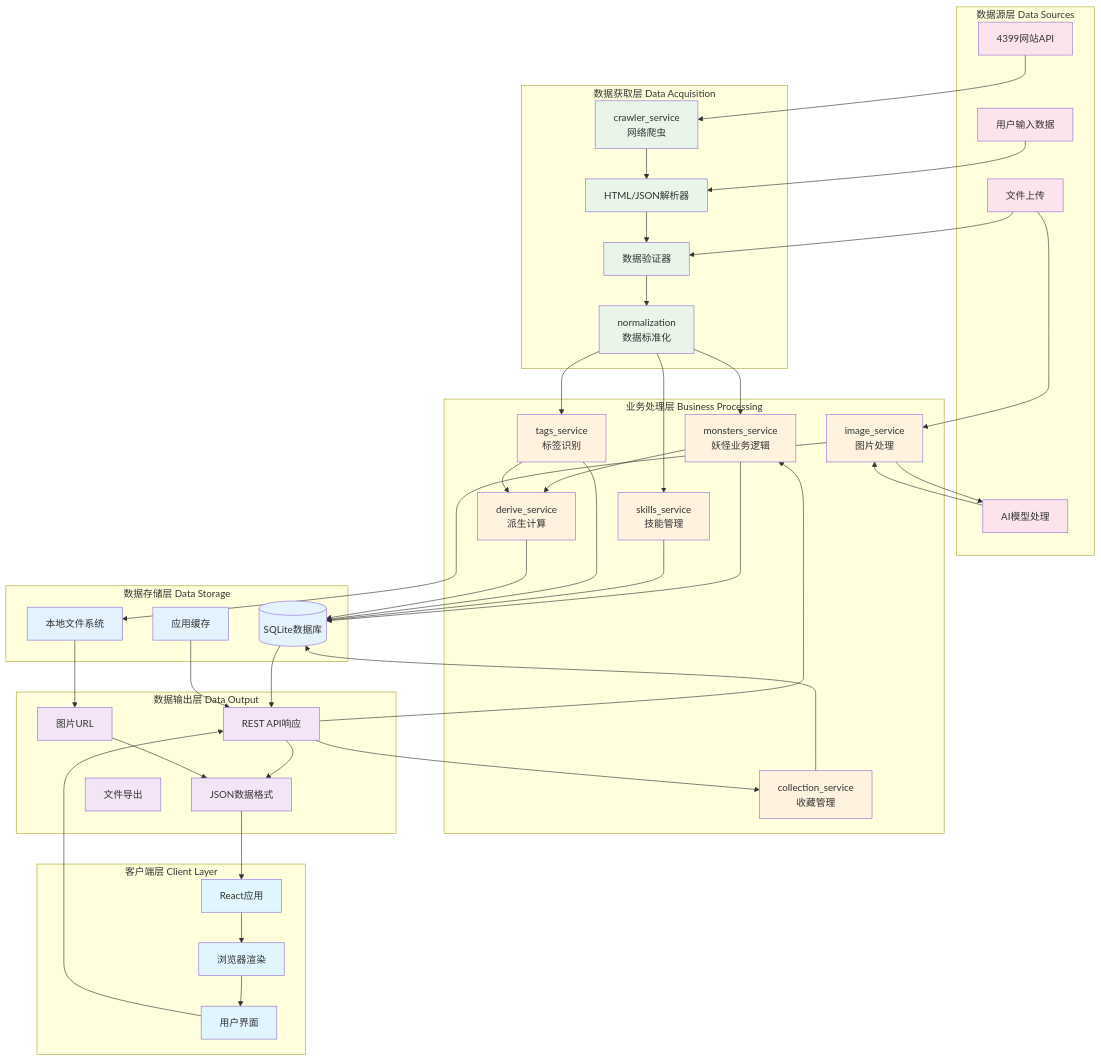
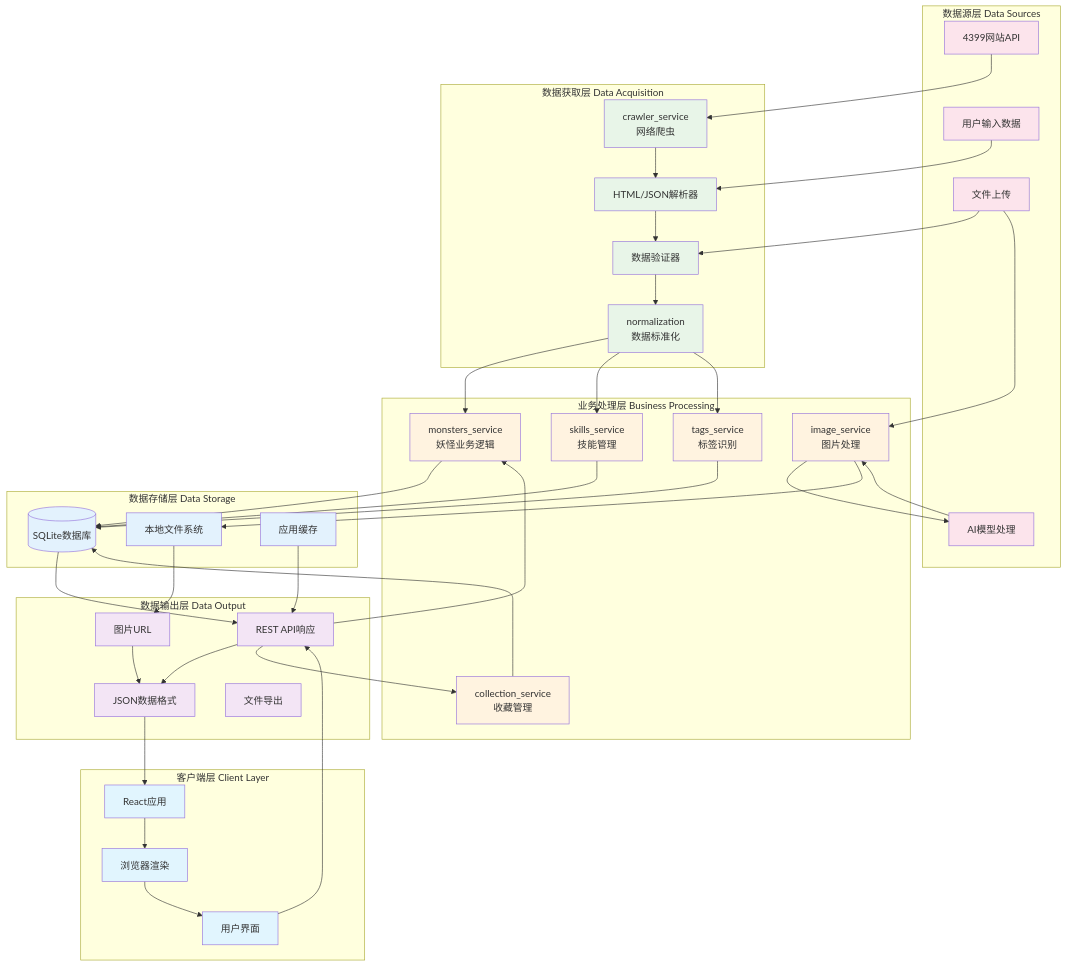
The first of 15 diagrams in docs/architecture/data-flow.md (MGX-LJY/kbxy-monsters-pro), drawn with Mermaid before and after one commit. The commit also changed other lines of this file and 9 other files, not shown here.

```diff
--- a/docs/architecture/data-flow.md
+++ b/docs/architecture/data-flow.md
@@ -22,7 +22,7 @@
         MonstersLogic[monsters_service<br/>妖怪业务逻辑]
         SkillsLogic[skills_service<br/>技能管理]
         TagsLogic[tags_service<br/>标签识别]
-        DeriveLogic[derive_service<br/>派生计算]
+
         ImageLogic[image_service<br/>图片处理]
         CollectionLogic[collection_service<br/>收藏管理]
     end
@@ -59,8 +59,7 @@
     Normalizer --> SkillsLogic
     Normalizer --> TagsLogic
     
-    MonstersLogic --> DeriveLogic
-    TagsLogic --> DeriveLogic
+
     
     FileUpload --> ImageLogic
     ImageLogic --> AIModel
@@ -69,7 +68,7 @@
     MonstersLogic --> SQLiteDB
     SkillsLogic --> SQLiteDB
     TagsLogic --> SQLiteDB
-    DeriveLogic --> SQLiteDB
+
     CollectionLogic --> SQLiteDB
     ImageLogic --> FileSystem
     
@@ -99,7 +98,7 @@
     
     class ExtAPI,UserInput,FileUpload,AIModel sourceLayer
     class Crawler,Parser,Validator,Normalizer acquireLayer
-    class MonstersLogic,SkillsLogic,TagsLogic,DeriveLogic,ImageLogic,CollectionLogic businessLayer
+    class MonstersLogic,SkillsLogic,TagsLogic,ImageLogic,CollectionLogic businessLayer
     class SQLiteDB,FileSystem,Cache storageLayer
     class RestAPI,JSONResponse,FileExport,ImageURL outputLayer
     class ReactApp,Browser,UserUI clientLayer
```
